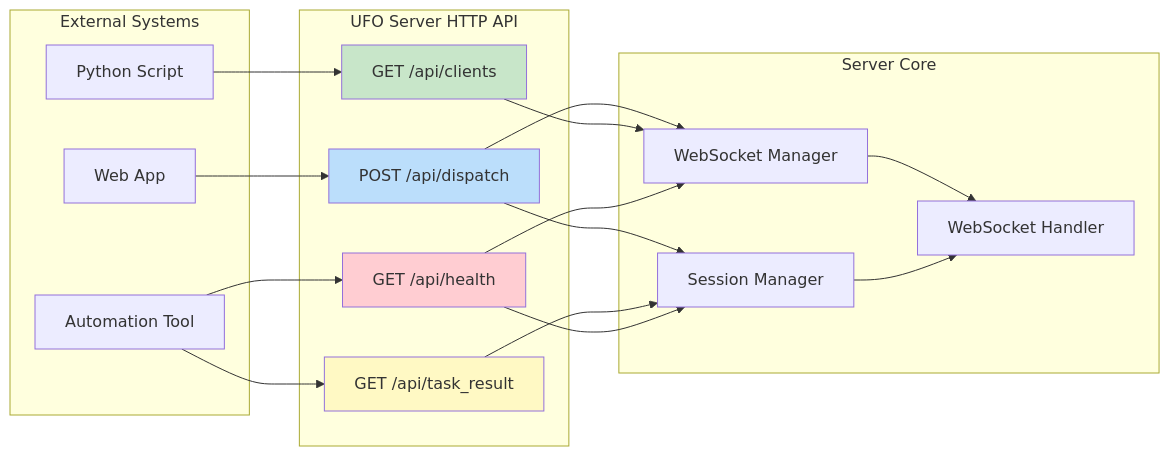
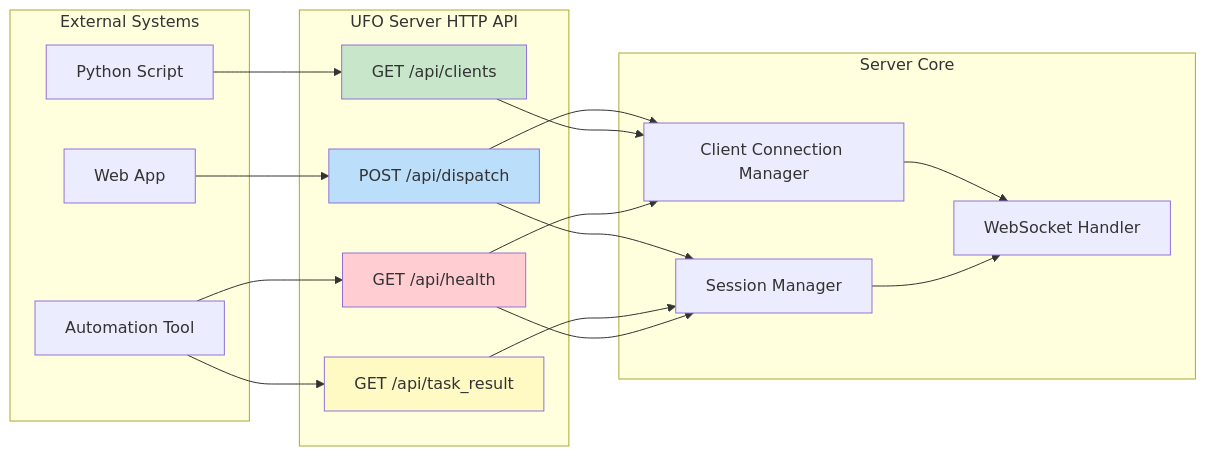
One commit to microsoft/UFO changed the first of 4 diagrams in documents/docs/server/api.md. Above: the diagram before and after it, drawn with Mermaid. The commit also changed other lines of this file and 8 other files, not shown here.

````diff
--- a/documents/docs/server/api.md
+++ b/documents/docs/server/api.md
@@ -8,41 +8,41 @@
 ```mermaid
 graph LR
     subgraph "External Systems"
         Web[Web App]
         Script[Python Script]
         Tool[Automation Tool]
     end
     
     subgraph "UFO Server HTTP API"
         Dispatch[POST /api/dispatch]
         Clients[GET /api/clients]
         Result[GET /api/task_result]
         Health[GET /api/health]
     end
     
     subgraph "Server Core"
-        WSM[WebSocket Manager]
+        WSM[Client Connection Manager]
         SM[Session Manager]
         WH[WebSocket Handler]
     end
     
     Web --> Dispatch
     Script --> Clients
     Tool --> Result
     Tool --> Health
     
     Dispatch --> WSM
     Dispatch --> SM
     Clients --> WSM
     Result --> SM
     Health --> WSM
     Health --> SM
     
     WSM --> WH
     SM --> WH
     
     style Dispatch fill:#bbdefb
     style Clients fill:#c8e6c9
     style Result fill:#fff9c4
     style Health fill:#ffcdd2
 ```
````
